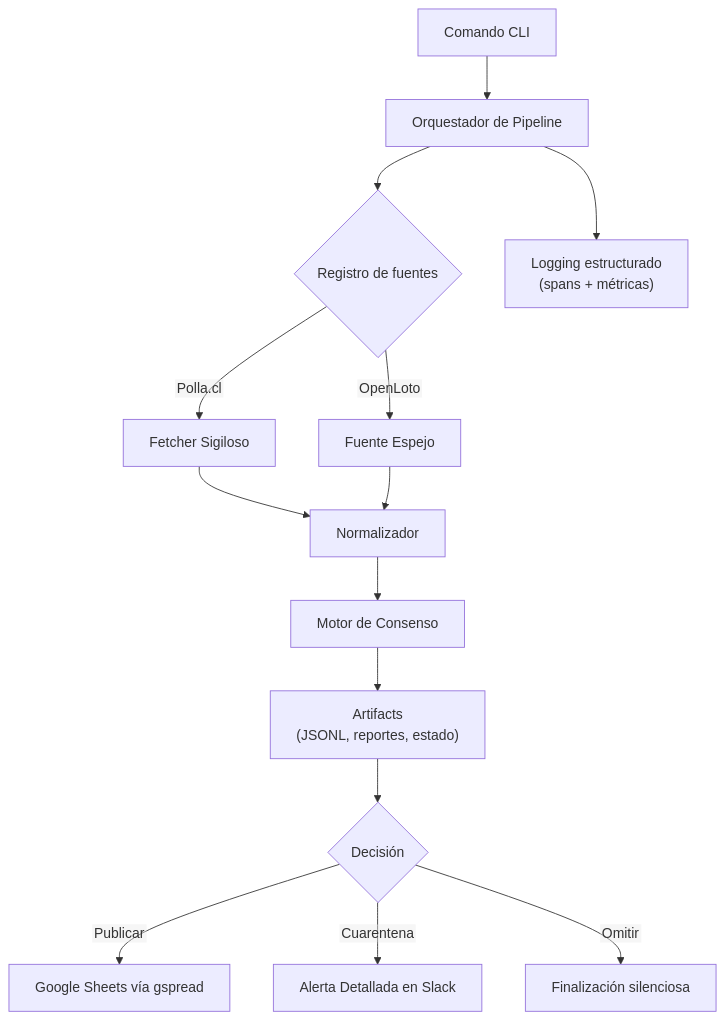
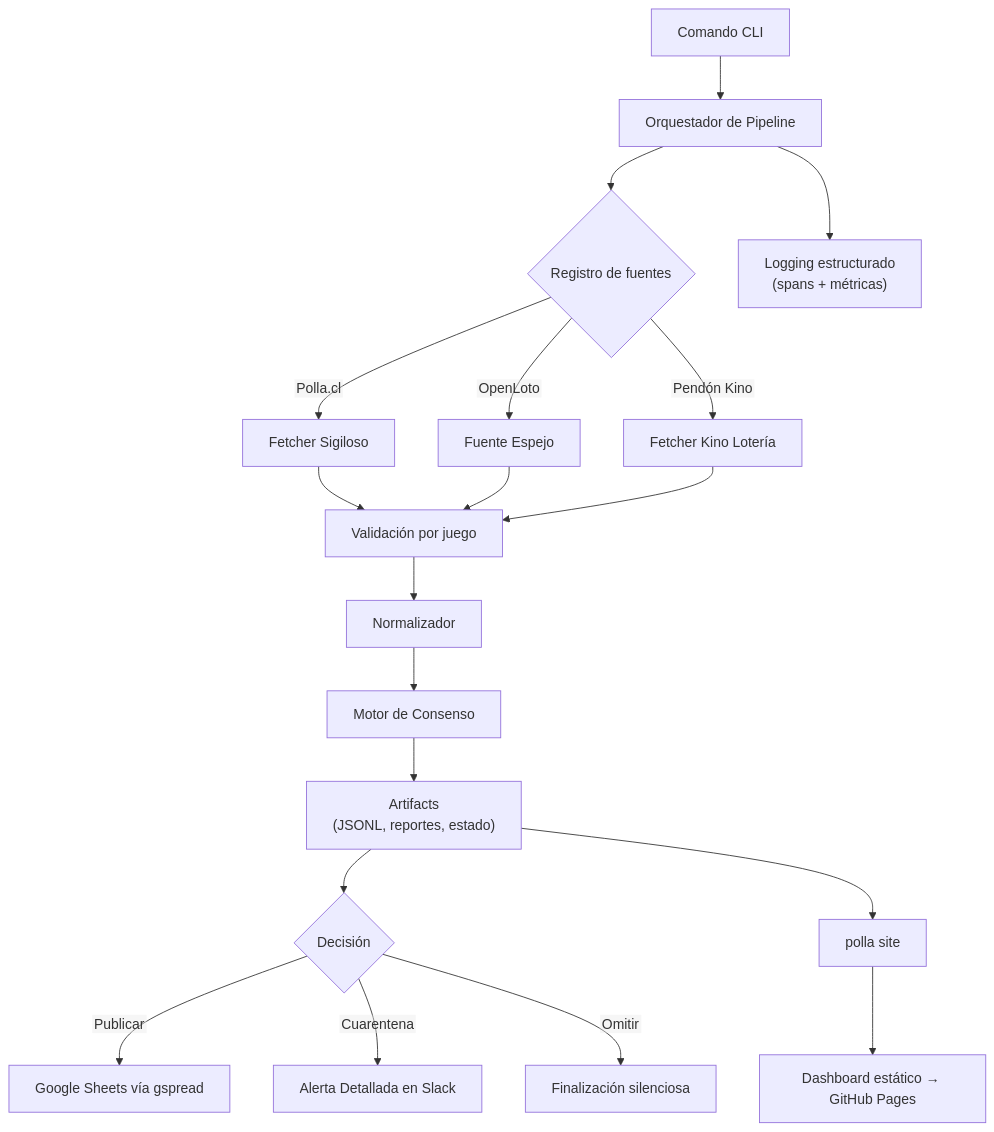
The diagram in README.md (cortega26/polla), drawn with Mermaid before and after one commit. The commit also changed other lines of this file and 38 other files, not shown here.

First line of the commit message:
feat(revamp): Kino, dashboard con estadísticas y robustez del pipeline

````diff
--- a/README.md
+++ b/README.md
@@ -32,17 +35,21 @@
 ```mermaid
 %%{init: {"themeVariables": {"fontSize":"16px"}, "flowchart": {"htmlLabels": false, "wrap": true}}}%%
 flowchart TB
   A[Comando CLI] --> B[Orquestador de Pipeline]
   B --> C{Registro de fuentes}
   C -->|Polla.cl| D[Fetcher Sigiloso]
   C -->|OpenLoto| E[Fuente Espejo]
-  D & E --> G[Normalizador]
-  G --> H[Motor de Consenso]
-  H --> I["Artifacts<br/>(JSONL, reportes, estado)"]
-  I --> J{Decisión}
-  J -->|Publicar| K[Google Sheets vía gspread]
-  J -->|Cuarentena| L[Alerta Detallada en Slack]
-  J -->|Omitir| M[Finalización silenciosa]
-  B --> N["Logging estructurado<br/>(spans + métricas)"]
+  C -->|Pendón Kino| F[Fetcher Kino Lotería]
+  D & E & F --> G[Validación por juego]
+  G --> H[Normalizador]
+  H --> I[Motor de Consenso]
+  I --> J["Artifacts<br/>(JSONL, reportes, estado)"]
+  J --> K{Decisión}
+  K -->|Publicar| L[Google Sheets vía gspread]
+  K -->|Cuarentena| M[Alerta Detallada en Slack]
+  K -->|Omitir| N[Finalización silenciosa]
+  J --> O[polla site]
+  O --> P[Dashboard estático → GitHub Pages]
+  B --> Q["Logging estructurado<br/>(spans + métricas)"]
 
 ```
````
